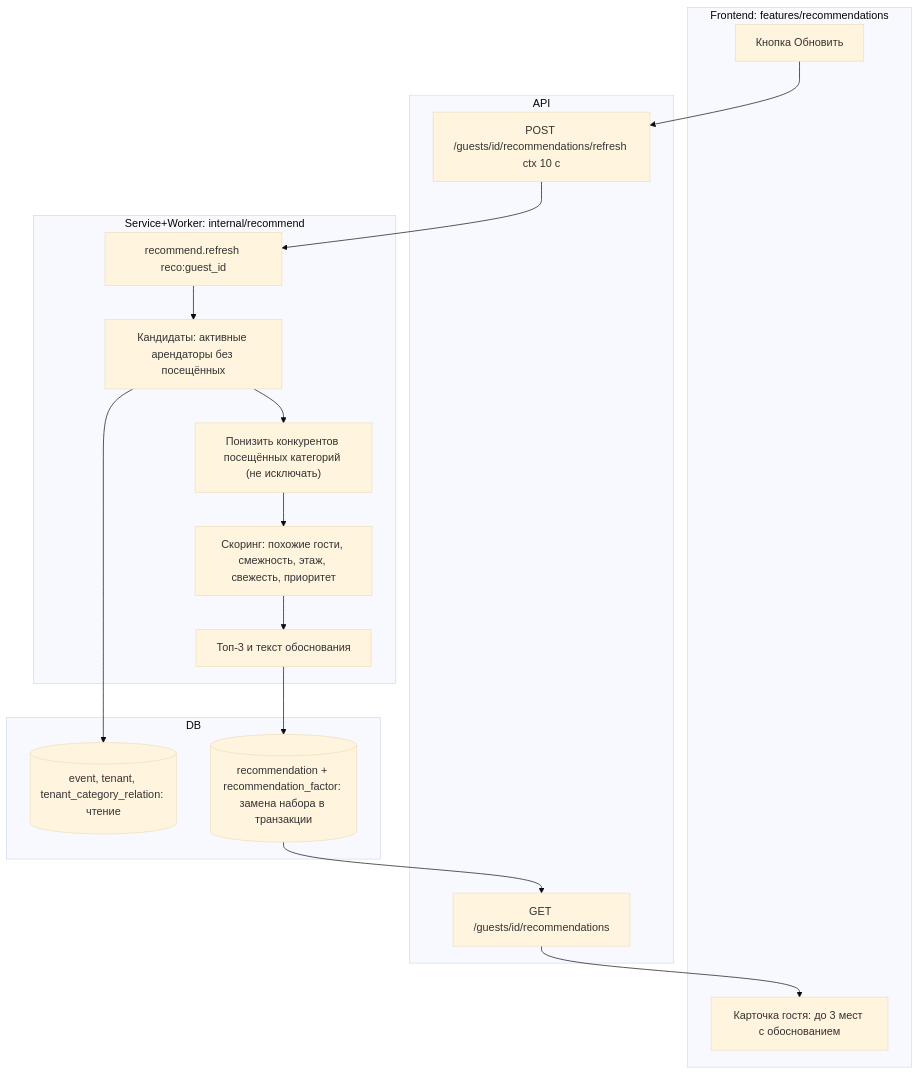
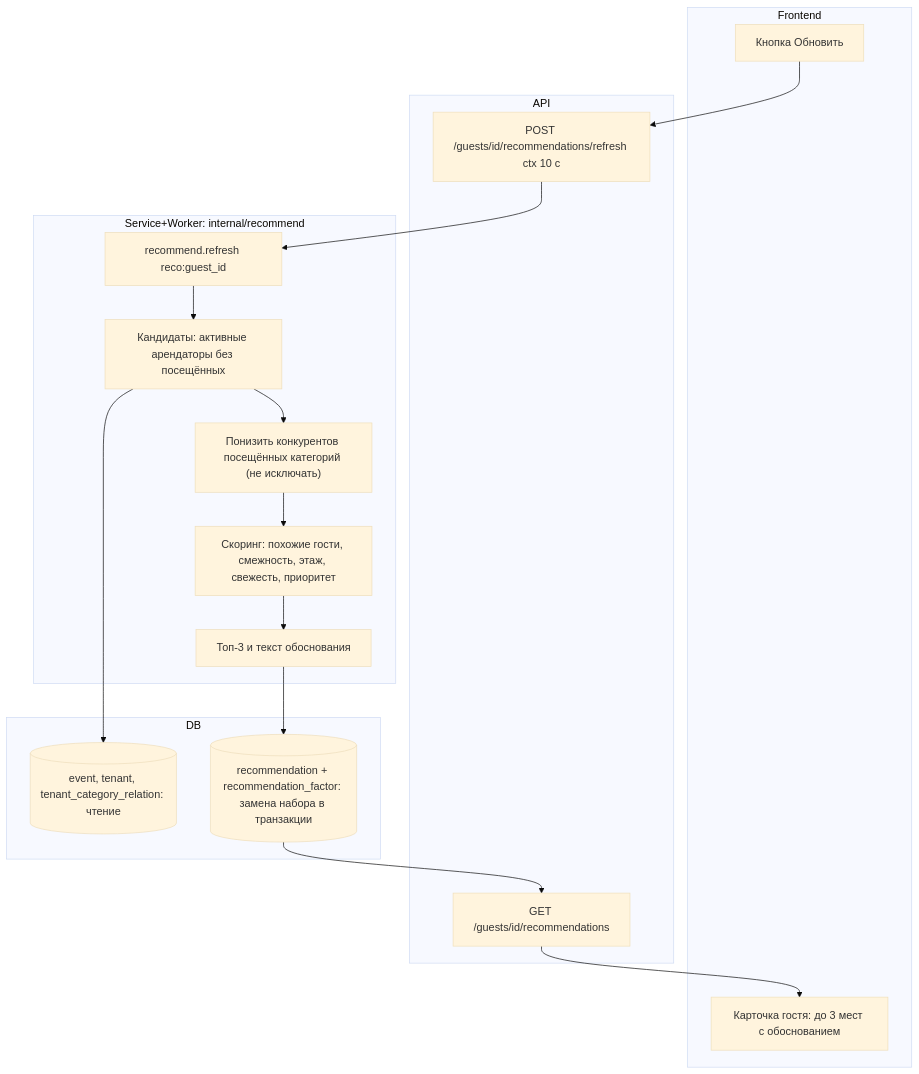
The fifth of 6 diagrams in docs/design/08-activity-diagrams.md (MangriMen/UCRP), drawn with Mermaid (base theme) before and after one commit. The commit also changed other lines of this file and 10 other files, not shown here.

````diff
--- a/docs/design/08-activity-diagrams.md
+++ b/docs/design/08-activity-diagrams.md
@@ -144,26 +144,26 @@
 ```mermaid
 flowchart TB
-  subgraph FE["Frontend: features/recommendations"]
+  subgraph FE["Frontend"]
     F1["Карточка гостя: до 3 мест с обоснованием"]
     F2["Кнопка Обновить"]
   end
   subgraph API["API"]
     A1["GET /guests/id/recommendations"]
     A2["POST /guests/id/recommendations/refresh ctx 10 с"]
   end
   subgraph WK["Service+Worker: internal/recommend"]
     W1["recommend.refresh reco:guest_id"]
     W2["Кандидаты: активные арендаторы без посещённых"]
     W3["Понизить конкурентов посещённых категорий (не исключать)"]
     W4["Скоринг: похожие гости, смежность, этаж, свежесть, приоритет"]
     W5["Топ-3 и текст обоснования"]
   end
   subgraph DB["DB"]
     D1[("event, tenant, tenant_category_relation: чтение")]
     D2[("recommendation + recommendation_factor: замена набора в транзакции")]
   end
   F2 --> A2 --> W1
   W1 --> W2 --> D1
   W2 --> W3 --> W4 --> W5 --> D2
   D2 --> A1 --> F1
 ```
````
